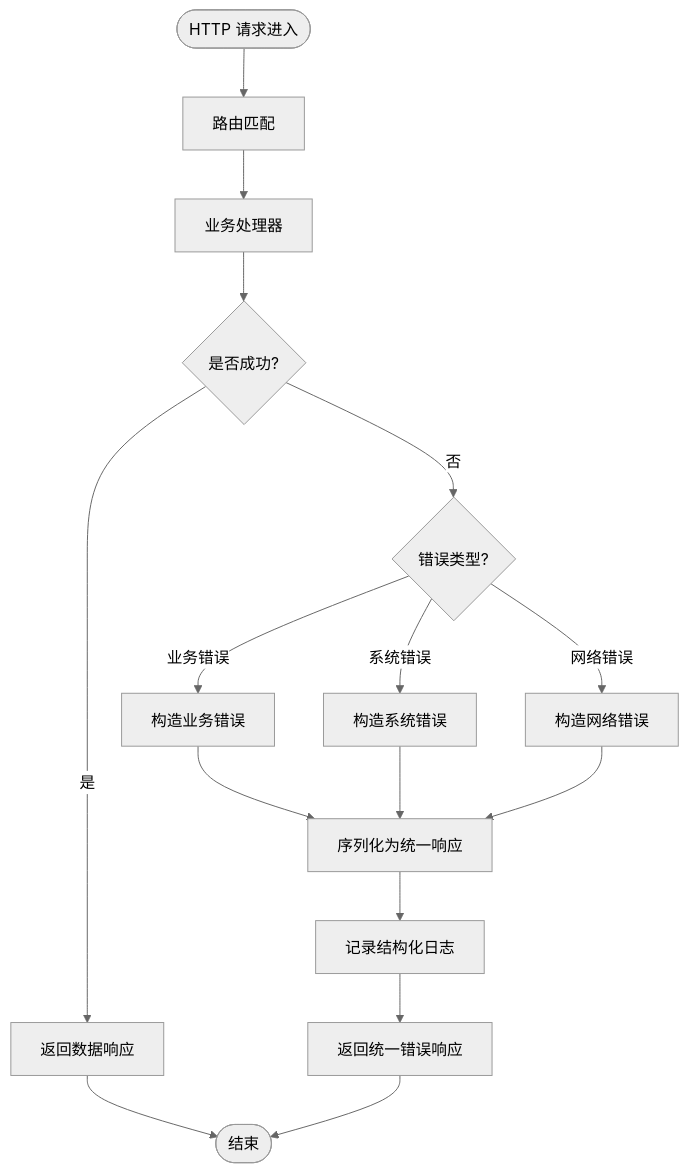
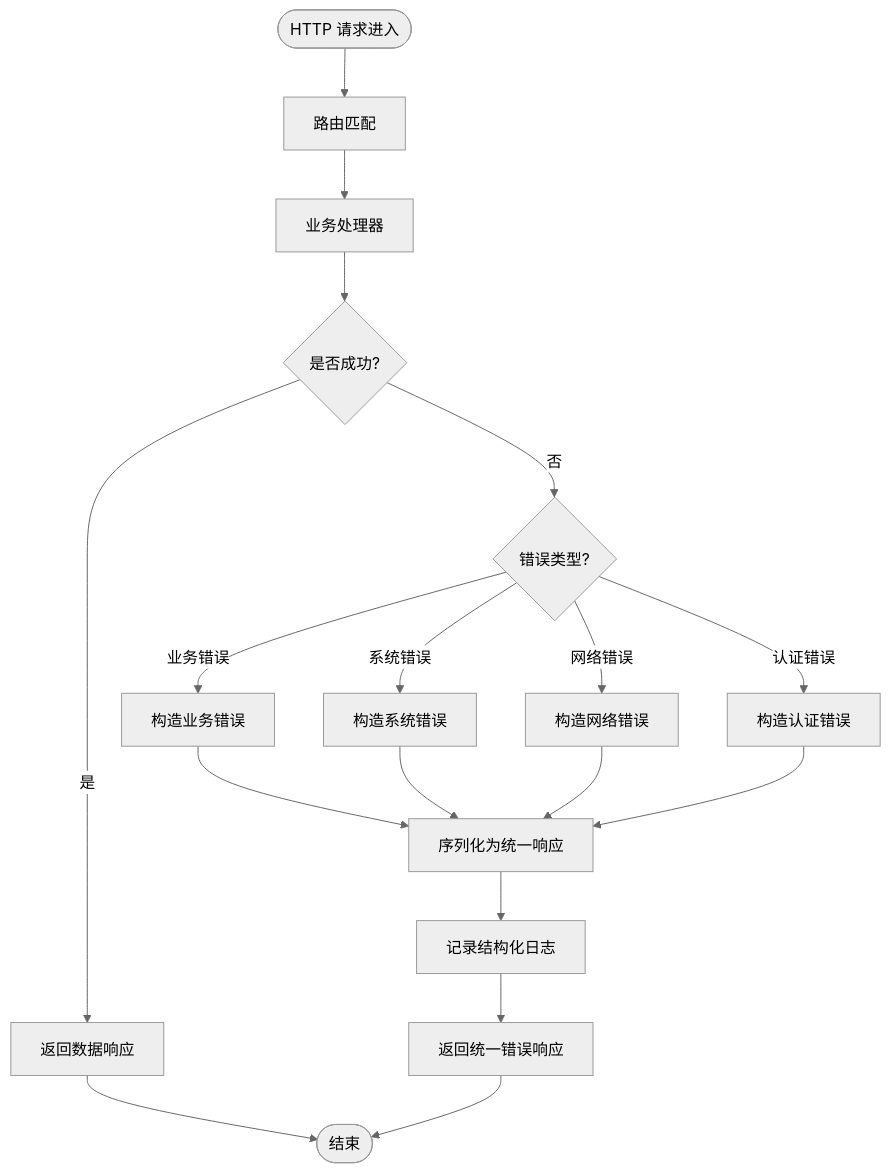
One commit to ZhangGHGitHub/LegadoTeamFlutter changed the fourth of 7 diagrams in .qoder/repowiki/zh/content/同步服务/API接口设计/错误处理机制.md. Above: the diagram before and after it, drawn with Mermaid (neutral theme). The commit also changed other lines of this file and 173 other files, not shown here.

````diff
--- a/.qoder/repowiki/zh/content/同步服务/API接口设计/错误处理机制.md
+++ b/.qoder/repowiki/zh/content/同步服务/API接口设计/错误处理机制.md
@@ -216,18 +235,20 @@
 ```mermaid
 flowchart TD
 Start(["HTTP 请求进入"]) --> Route["路由匹配"]
 Route --> Handler["业务处理器"]
 Handler --> Ok{"是否成功?"}
 Ok --> |是| Success["返回数据响应"]
 Ok --> |否| ErrType{"错误类型?"}
 ErrType --> |业务错误| BizErr["构造业务错误"]
 ErrType --> |系统错误| SysErr["构造系统错误"]
 ErrType --> |网络错误| NetErr["构造网络错误"]
+ErrType --> |认证错误| AuthErr["构造认证错误"]
 BizErr --> Serialize["序列化为统一响应"]
 SysErr --> Serialize
 NetErr --> Serialize
+AuthErr --> Serialize
 Serialize --> Log["记录结构化日志"]
 Log --> Return["返回统一错误响应"]
 Success --> End(["结束"])
 Return --> End
 ```
````
